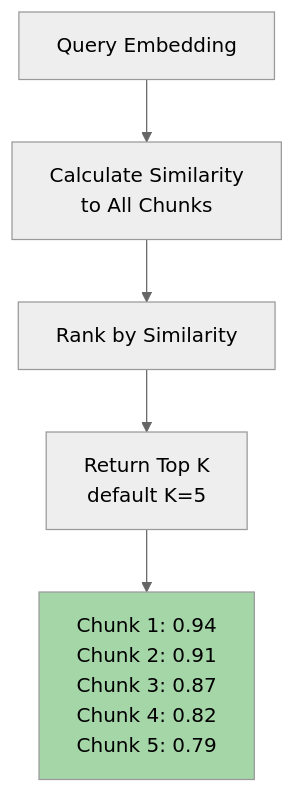
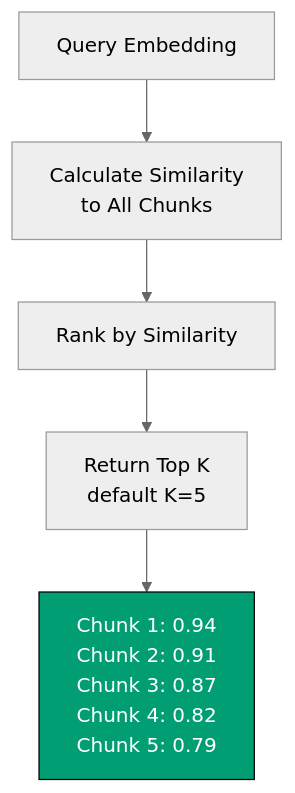
One commit to wahidyankf/open-sharia-enterprise changed the sixth of 8 diagrams in docs/tutorials/ai-engineering/tu-aien__chat-with-pdf.md. Above: the diagram before and after it, drawn with Mermaid (neutral theme). The commit also changed other lines of this file and 22 other files, not shown here.

First line of the commit message:
docs(diagrams): ensure all mermaid diagrams use color-blind friendly palette

````diff
--- a/docs/tutorials/ai-engineering/tu-aien__chat-with-pdf.md
+++ b/docs/tutorials/ai-engineering/tu-aien__chat-with-pdf.md
@@ -403,9 +421,9 @@
 ```mermaid
 graph TB
 	A[Query Embedding] --> B[Calculate Similarity<br/>to All Chunks]
 	B --> C[Rank by Similarity]
 	C --> D[Return Top K<br/>default K=5]
 	D --> E[Chunk 1: 0.94<br/>Chunk 2: 0.91<br/>Chunk 3: 0.87<br/>Chunk 4: 0.82<br/>Chunk 5: 0.79]
 
-	style E fill:#a5d6a7
+	style E fill:#029E73,stroke:#000000,color:#FFFFFF
 ```
````
